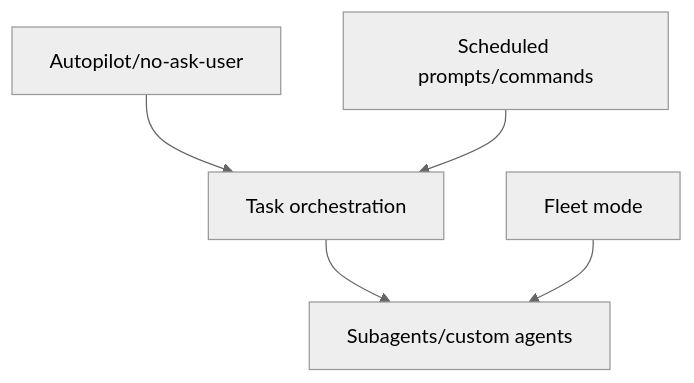
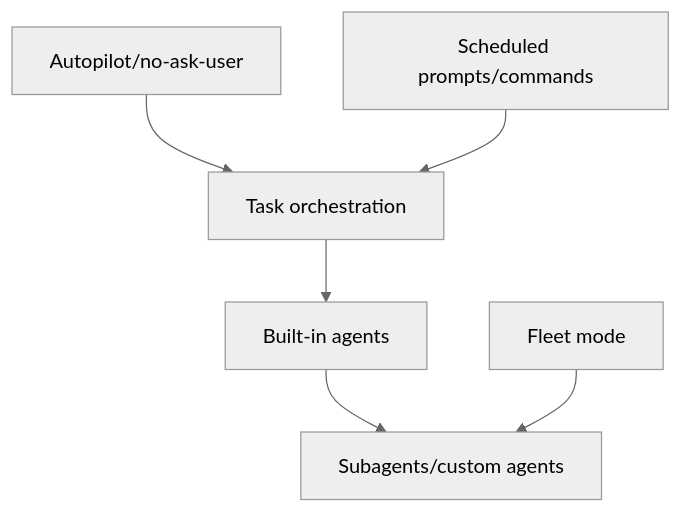
Before and after one commit to vibewatch/copilot-cli-internals: the diagram in docs/07-agents-and-automation/README.md, drawn with Mermaid (neutral theme). The commit also changed other lines of this file and 6 other files, not shown here.

Commit message:
feat: enhance documentation with built-in agents catalog and update related references

````diff
--- a/docs/07-agents-and-automation/README.md
+++ b/docs/07-agents-and-automation/README.md
@@ -18,13 +18,15 @@
 ```mermaid
 flowchart TD
-    Tasks[Task orchestration] --> Subagents[Subagents/custom agents]
+    Tasks[Task orchestration] --> Builtins[Built-in agents]
+    Builtins --> Subagents[Subagents/custom agents]
     Autopilot[Autopilot/no-ask-user] --> Tasks
     Fleet[Fleet mode] --> Subagents
     Schedules[Scheduled prompts/commands] --> Tasks
 
     click Tasks "./agent-task-orchestration/" "Open agent and task orchestration"
+    click Builtins "./built-in-agents/" "Open built-in agents"
     click Subagents "../02-context-and-input/custom-agents-and-skills-packaging/" "Open custom agents and skills"
     click Autopilot "./autopilot-and-no-ask-user/" "Open autopilot and no-ask-user"
     click Fleet "./fleet-mode/" "Open fleet mode"
     click Schedules "./scheduled-prompts-and-command-queue/" "Open scheduled prompts and command queue"
 ```
````
